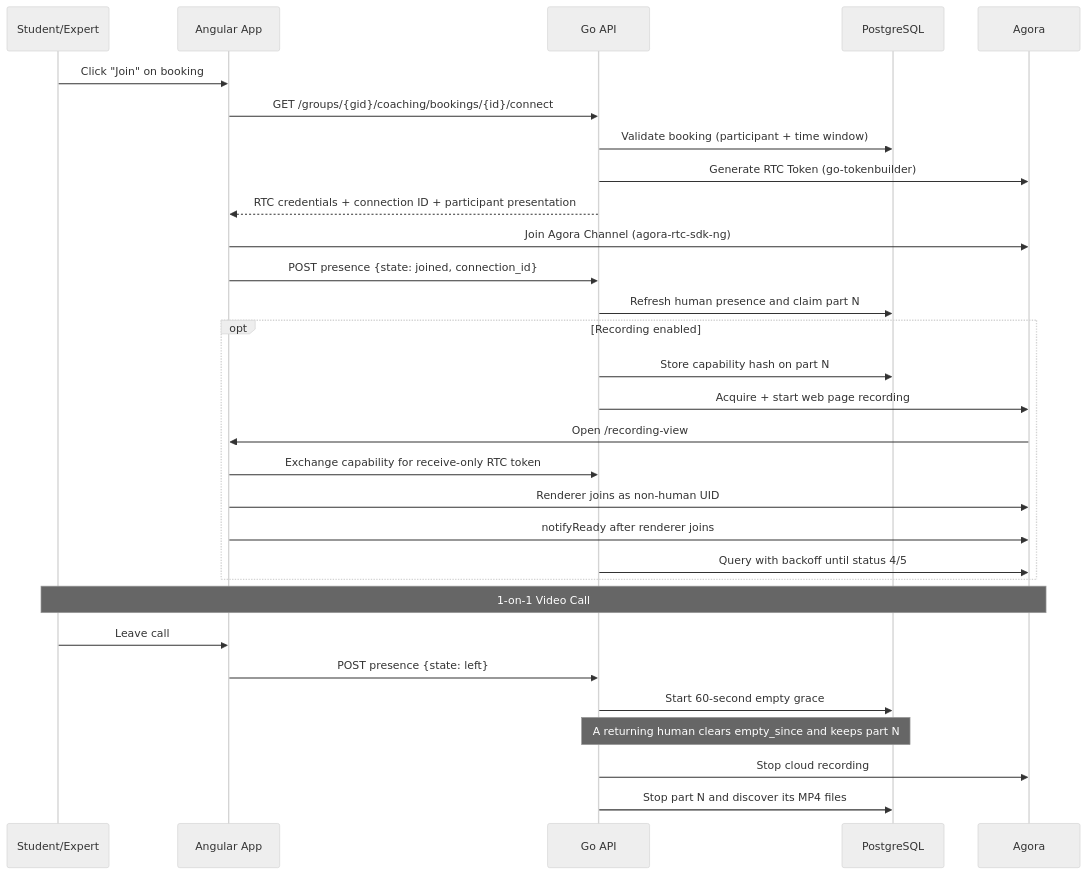
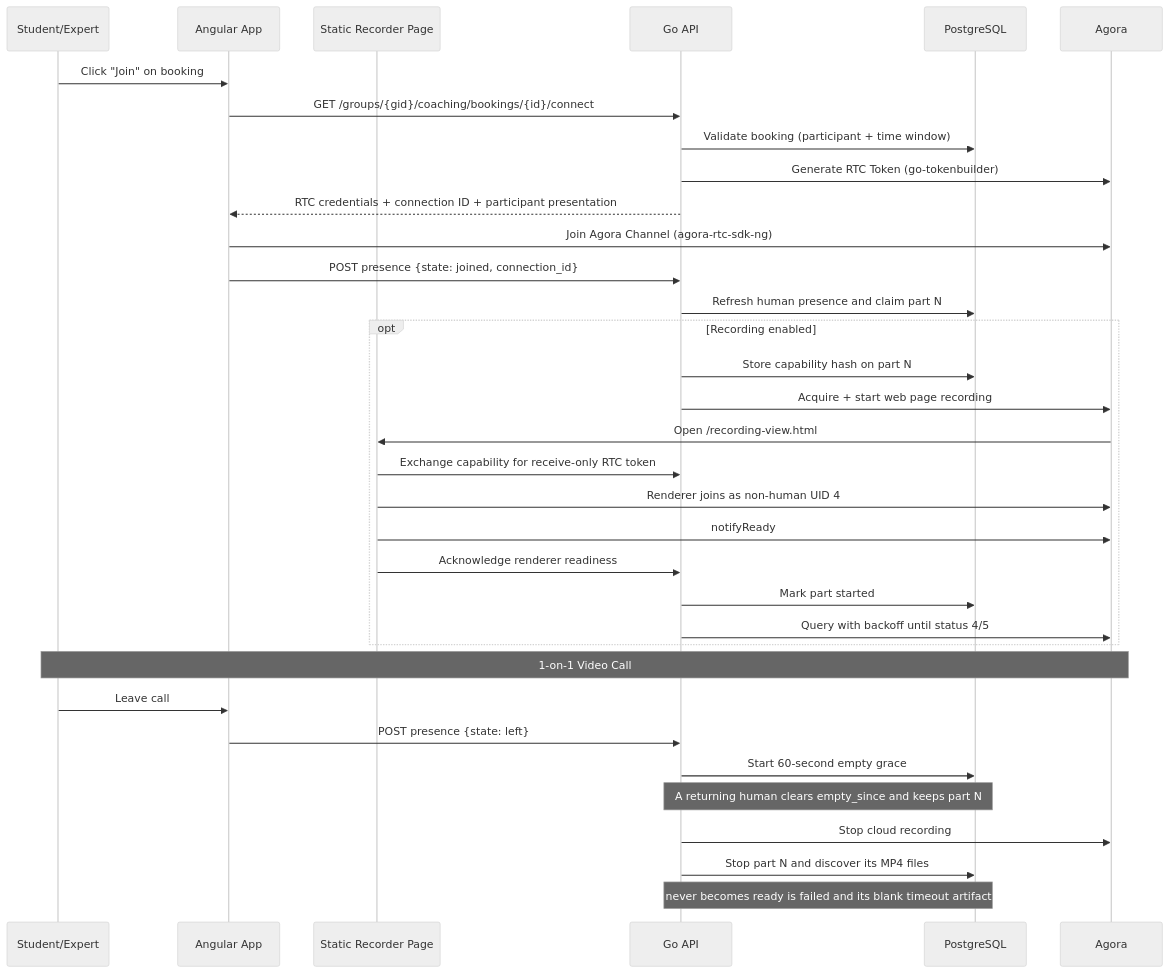
One commit to OZIOisgood/zeta changed the fifth of 10 diagrams in README.md. Above: the diagram before and after it, drawn with Mermaid (neutral theme). The commit also changed other lines of this file and 29 other files, not shown here.

Commit message:
fix(coaching): make page recording fail safe

````diff
--- a/README.md
+++ b/README.md
@@ -333,33 +335,37 @@
 ```mermaid
 sequenceDiagram
     participant U as Student/Expert
     participant W as Angular App
+    participant R as Static Recorder Page
     participant A as Go API
     participant D as PostgreSQL
     participant AG as Agora
 
     U->>W: Click "Join" on booking
     W->>A: GET /groups/{gid}/coaching/bookings/{id}/connect
     A->>D: Validate booking (participant + time window)
     A->>AG: Generate RTC Token (go-tokenbuilder)
     A-->>W: RTC credentials + connection ID + participant presentation
     W->>AG: Join Agora Channel (agora-rtc-sdk-ng)
     W->>A: POST presence {state: joined, connection_id}
     A->>D: Refresh human presence and claim part N
     opt Recording enabled
         A->>D: Store capability hash on part N
         A->>AG: Acquire + start web page recording
-        AG->>W: Open /recording-view#cap=…
-        W->>A: Exchange capability for receive-only RTC token
-        W->>AG: Renderer joins as non-human UID
-        W->>AG: notifyReady after renderer joins
+        AG->>R: Open /recording-view.html#cap=…
+        R->>A: Exchange capability for receive-only RTC token
+        R->>AG: Renderer joins as non-human UID 4
+        R->>AG: notifyReady
+        R->>A: Acknowledge renderer readiness
+        A->>D: Mark part started
         A->>AG: Query with backoff until status 4/5
     end
     Note over U,AG: 1-on-1 Video Call
     U->>W: Leave call
     W->>A: POST presence {state: left}
     A->>D: Start 60-second empty grace
     Note over A,D: A returning human clears empty_since and keeps part N
     A->>AG: Stop cloud recording
     A->>D: Stop part N and discover its MP4 files
+    Note over A,D: A renderer that never becomes ready is failed and its blank timeout artifact is not imported
 ```
````
